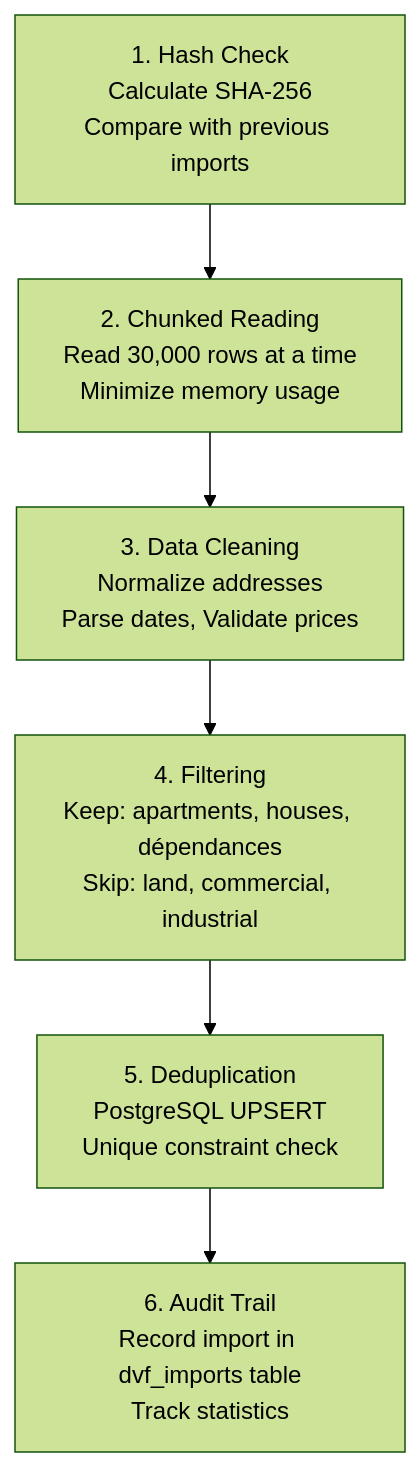
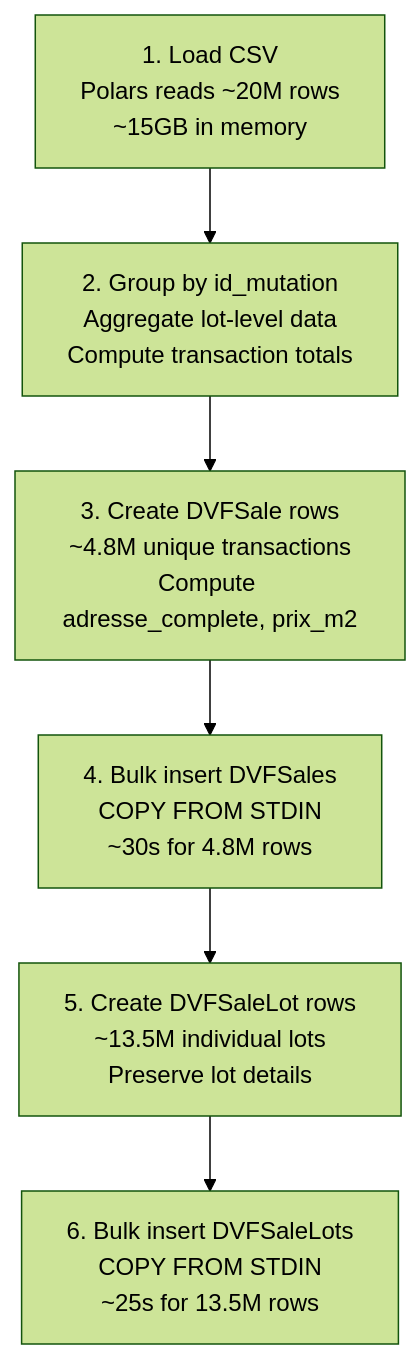
Before and after one commit to benjamin-karaoglan/AppArtAgent: the diagram in docs/backend/dvf-data.md, drawn with Mermaid (forest theme). The commit also changed other lines of this file and 14 other files, not shown here.

First line of the commit message:
docs: update documentation for geolocalized DVF and new architecture

````diff
--- a/docs/backend/dvf-data.md
+++ b/docs/backend/dvf-data.md
@@ -68,9 +142,9 @@
 ```mermaid
 flowchart TD
-    A["1. Hash Check<br/>Calculate SHA-256<br/>Compare with previous imports"] --> B
-    B["2. Chunked Reading<br/>Read 30,000 rows at a time<br/>Minimize memory usage"] --> C
-    C["3. Data Cleaning<br/>Normalize addresses<br/>Parse dates, Validate prices"] --> D
-    D["4. Filtering<br/>Keep: apartments, houses, dépendances<br/>Skip: land, commercial, industrial"] --> E
-    E["5. Deduplication<br/>PostgreSQL UPSERT<br/>Unique constraint check"] --> F
-    F["6. Audit Trail<br/>Record import in dvf_imports table<br/>Track statistics"]
+    A["1. Load CSV<br/>Polars reads ~20M rows<br/>~15GB in memory"] --> B
+    B["2. Group by id_mutation<br/>Aggregate lot-level data<br/>Compute transaction totals"] --> C
+    C["3. Create DVFSale rows<br/>~4.8M unique transactions<br/>Compute adresse_complete, prix_m2"] --> D
+    D["4. Bulk insert DVFSales<br/>COPY FROM STDIN<br/>~30s for 4.8M rows"] --> E
+    E["5. Create DVFSaleLot rows<br/>~13.5M individual lots<br/>Preserve lot details"] --> F
+    F["6. Bulk insert DVFSaleLots<br/>COPY FROM STDIN<br/>~25s for 13.5M rows"]
 ```
````
